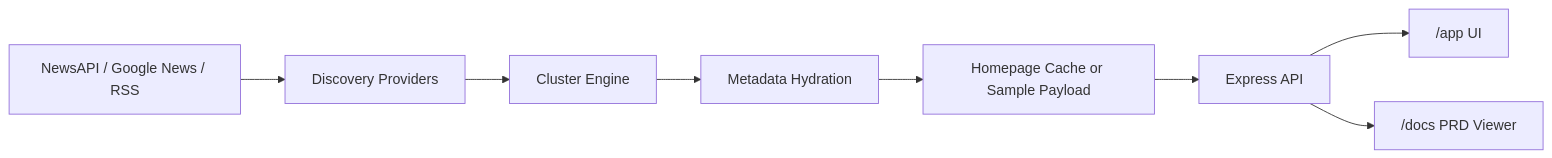
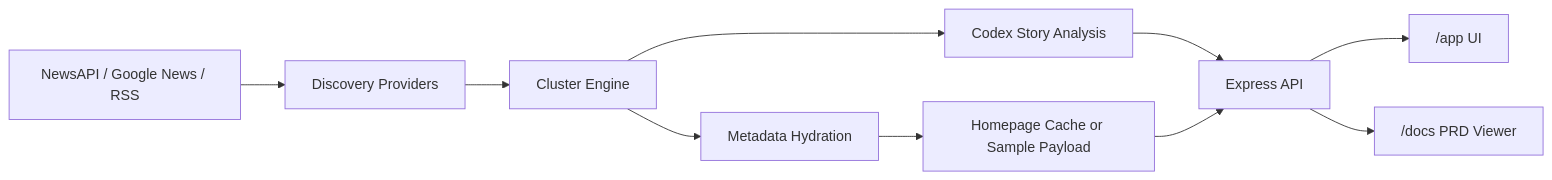
One commit to NavilanSanthanakrishnan/zelthir-news changed the diagram in docs/ARCHITECTURE.md. Above: the diagram before and after it, drawn with Mermaid. The commit also changed other lines of this file and 9 other files, not shown here.

````diff
--- a/docs/ARCHITECTURE.md
+++ b/docs/ARCHITECTURE.md
@@ -7,10 +7,12 @@
 ```mermaid
 flowchart LR
     A["NewsAPI / Google News / RSS"] --> B["Discovery Providers"]
     B --> C["Cluster Engine"]
     C --> D["Metadata Hydration"]
-    D --> E["Homepage Cache or Sample Payload"]
-    E --> F["Express API"]
-    F --> G["/app UI"]
-    F --> H["/docs PRD Viewer"]
+    C --> E["Codex Story Analysis"]
+    D --> F["Homepage Cache or Sample Payload"]
+    E --> G["Express API"]
+    F --> G
+    G --> H["/app UI"]
+    G --> I["/docs PRD Viewer"]
 ```
````
